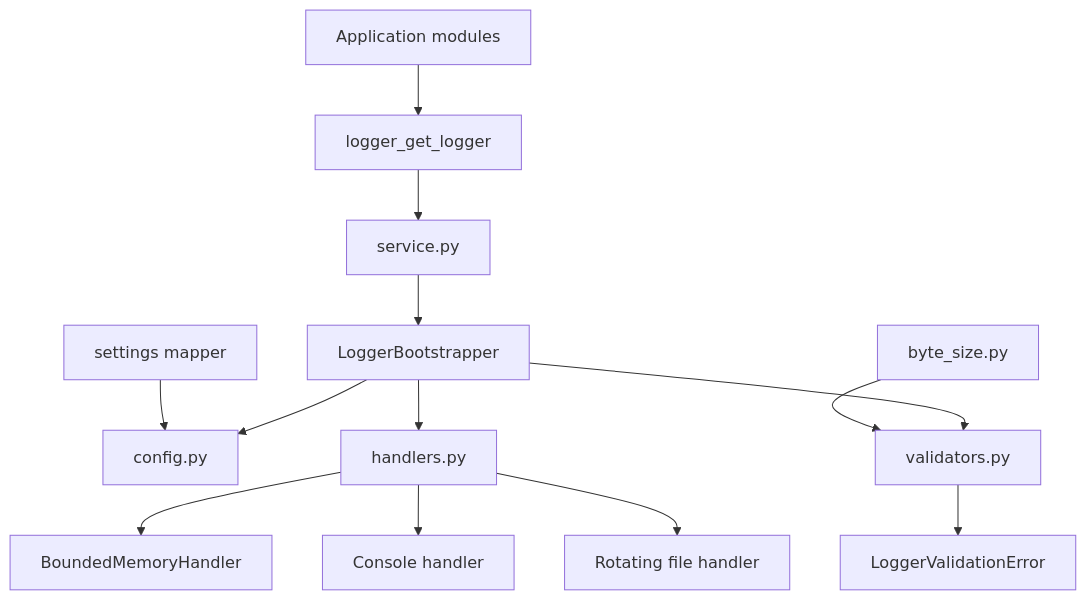
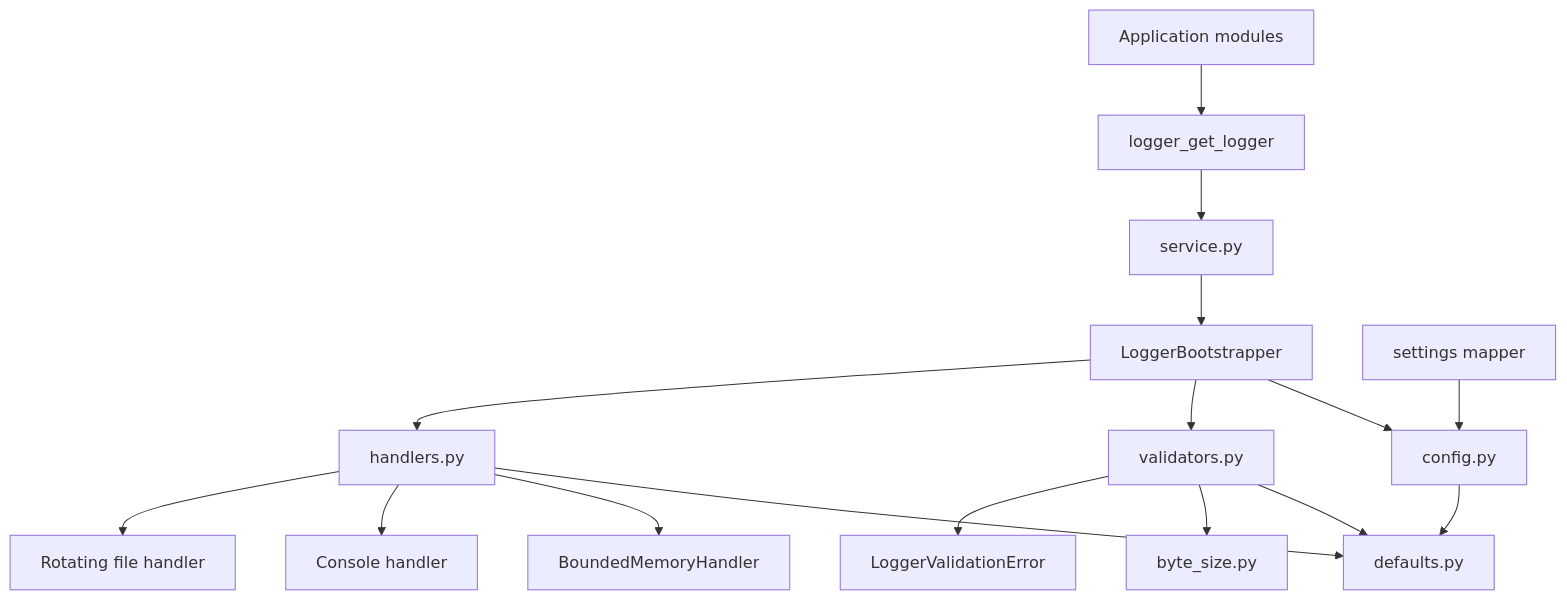
The first of 2 diagrams in docs/logging.md (Fonze81/NiceGui-Windows-Base), drawn with Mermaid before and after one commit. The commit also changed other lines of this file and 17 other files, not shown here.

First line of the commit message:
refactor(logger): isolate logger defaults and package dependencies

````diff
--- a/docs/logging.md
+++ b/docs/logging.md
@@ -64,15 +64,18 @@
 ```mermaid
 flowchart TD
     A[Application modules] --> B[logger_get_logger]
     B --> C[service.py]
     C --> D[LoggerBootstrapper]
     D --> E[config.py]
     D --> F[validators.py]
     D --> G[handlers.py]
-    F --> H[LoggerValidationError]
-    G --> I[BoundedMemoryHandler]
-    G --> J[Console handler]
-    G --> K[Rotating file handler]
-    L[settings mapper] --> E
-    M[byte_size.py] --> F
+    E --> H[defaults.py]
+    F --> H
+    F --> I[byte_size.py]
+    G --> H
+    F --> J[LoggerValidationError]
+    G --> K[BoundedMemoryHandler]
+    G --> L[Console handler]
+    G --> M[Rotating file handler]
+    N[settings mapper] --> E
 ```
````
